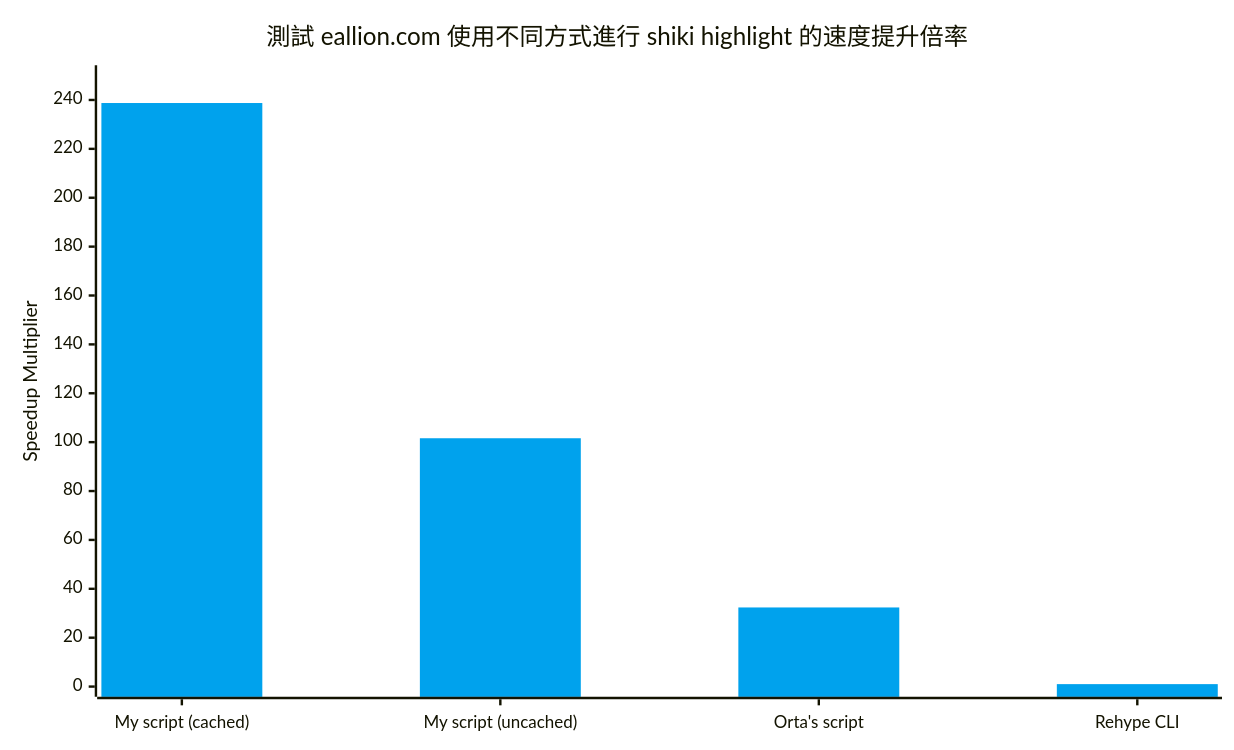
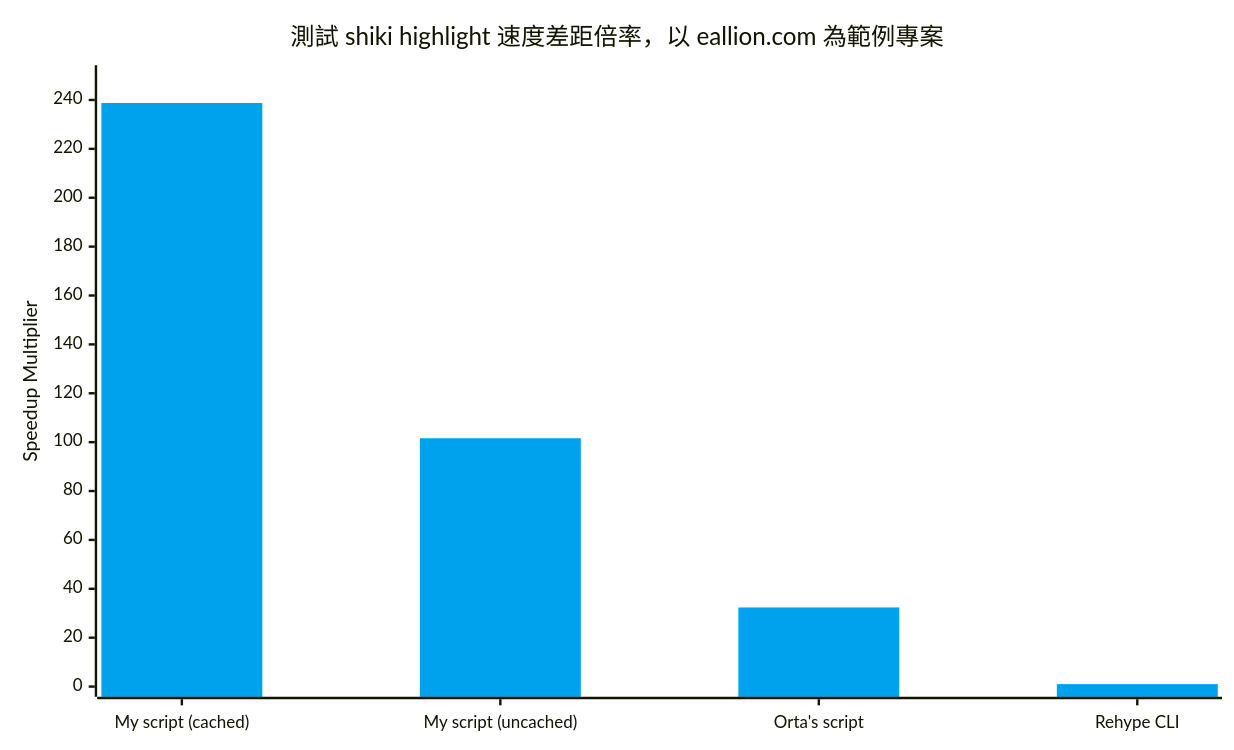
One commit to ZhenShuo2021/ZhenShuo2021.github.io changed the diagram in content/posts/use-shiki-in-hugo/index.md. Above: the diagram before and after it, drawn with Mermaid. The commit also changed 3 other files, not shown here.

```diff
--- a/content/posts/use-shiki-in-hugo/index.md
+++ b/content/posts/use-shiki-in-hugo/index.md
@@ -74,16 +74,16 @@
 {{< mermaid >}}
 ---
 config:
     xyChart:
         width: 1000
         height: 600
     themeVariables:
         xyChart:
             plotColorPalette: "#00A2ED"
 ---
 xychart-beta
-    title "測試 eallion.com 使用不同方式進行 shiki highlight 的速度提升倍率"
+    title "測試 shiki highlight 速度差距倍率，以 eallion.com 為範例專案"
     x-axis ["My script (cached)", "My script (uncached)", "Orta's script", "Rehype CLI"]
     y-axis "Speedup Multiplier" 0 --> 250
     bar [238.75, 101.6, 32.37, 1]
 {{< /mermaid >}}
```
